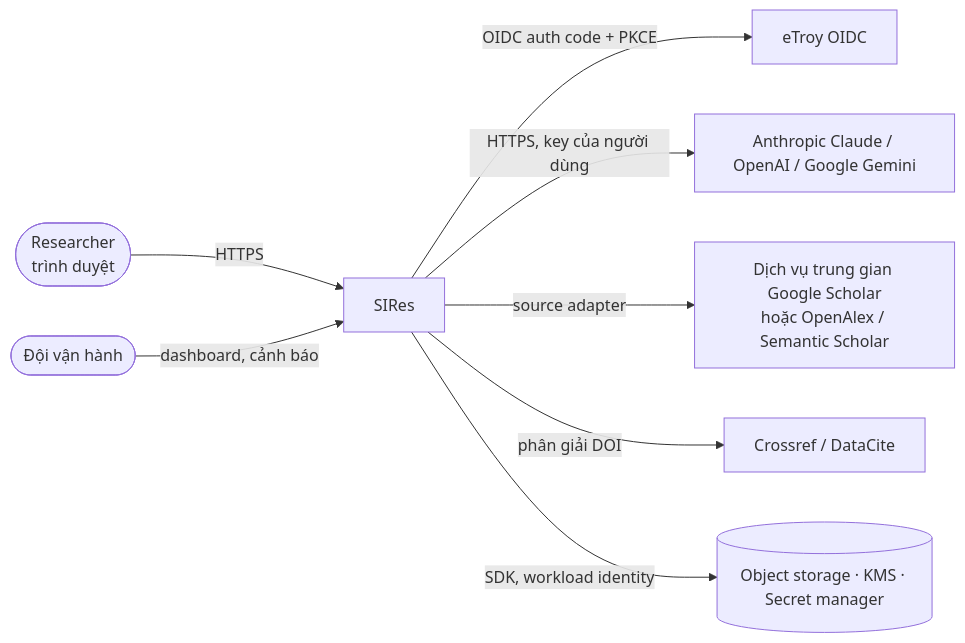
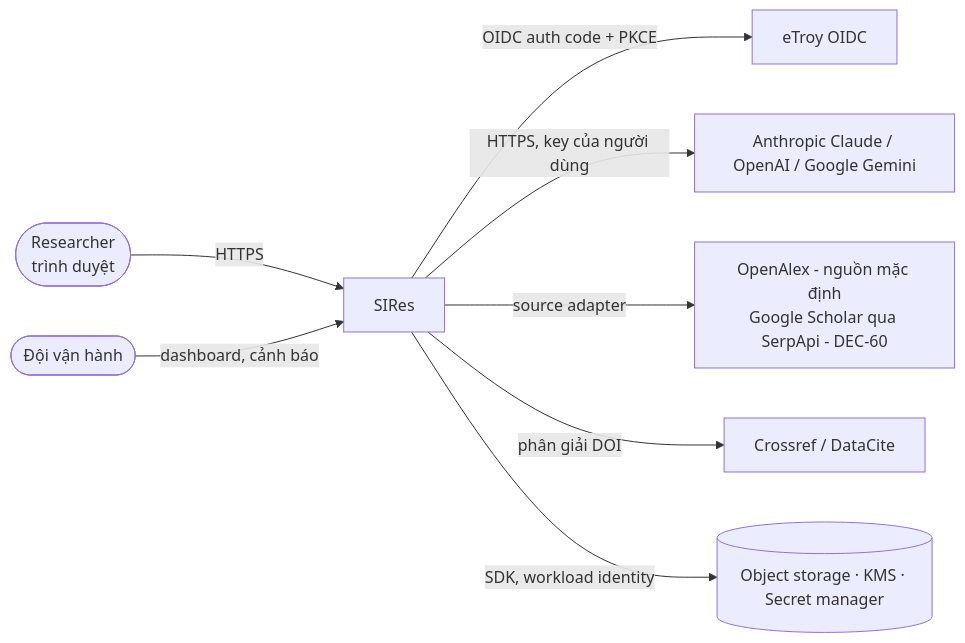
Before and after one commit to toilatrung/sires: the diagram in docs/architecture/figures/FIG-101-system-context.mmd, drawn with Mermaid. The commit also changed 41 other files, not shown here.

First line of the commit message:
DEC-60: nguồn discovery (OpenAlex mặc định, Google Scholar qua SerpApi, bỏ Semantic Scholar) và connector Google Scholar

```diff
--- a/docs/architecture/figures/FIG-101-system-context.mmd
+++ b/docs/architecture/figures/FIG-101-system-context.mmd
@@ -1,12 +1,12 @@
 %% SIRes — Copyright © 2026 The eTroy development team · eTroy One platform.
 %% Sole decision-maker: PO Trịnh Quang Trung. Non-commercial use only; commercial use in any form is prohibited.
 %% SPDX-License-Identifier: LicenseRef-eTroy-NC-1.0 — see LICENSES.md
 %% FIG-101 — System context (architecture 3.1)
 flowchart LR
   R([Researcher<br/>trình duyệt]) -->|HTTPS| S[SIRes]
   OPS([Đội vận hành]) -->|dashboard, cảnh báo| S
   S -->|OIDC auth code + PKCE| OIDC[eTroy OIDC]
   S -->|HTTPS, key của người dùng| LLM[Anthropic Claude / OpenAI / Google Gemini]
-  S -->|source adapter| SCH[Dịch vụ trung gian Google Scholar<br/>hoặc OpenAlex / Semantic Scholar]
+  S -->|source adapter| SCH[OpenAlex - nguồn mặc định<br/>Google Scholar qua SerpApi - DEC-60]
   S -->|phân giải DOI| DOI[Crossref / DataCite]
   S -->|SDK, workload identity| CLOUD[(Object storage · KMS · Secret manager)]
```
